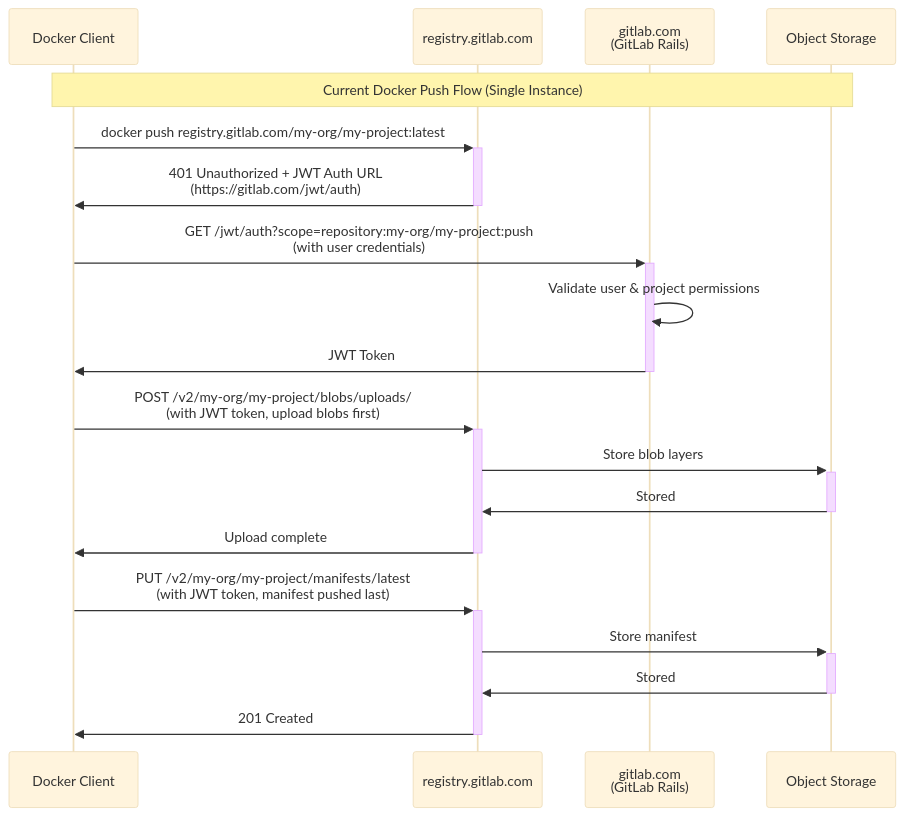
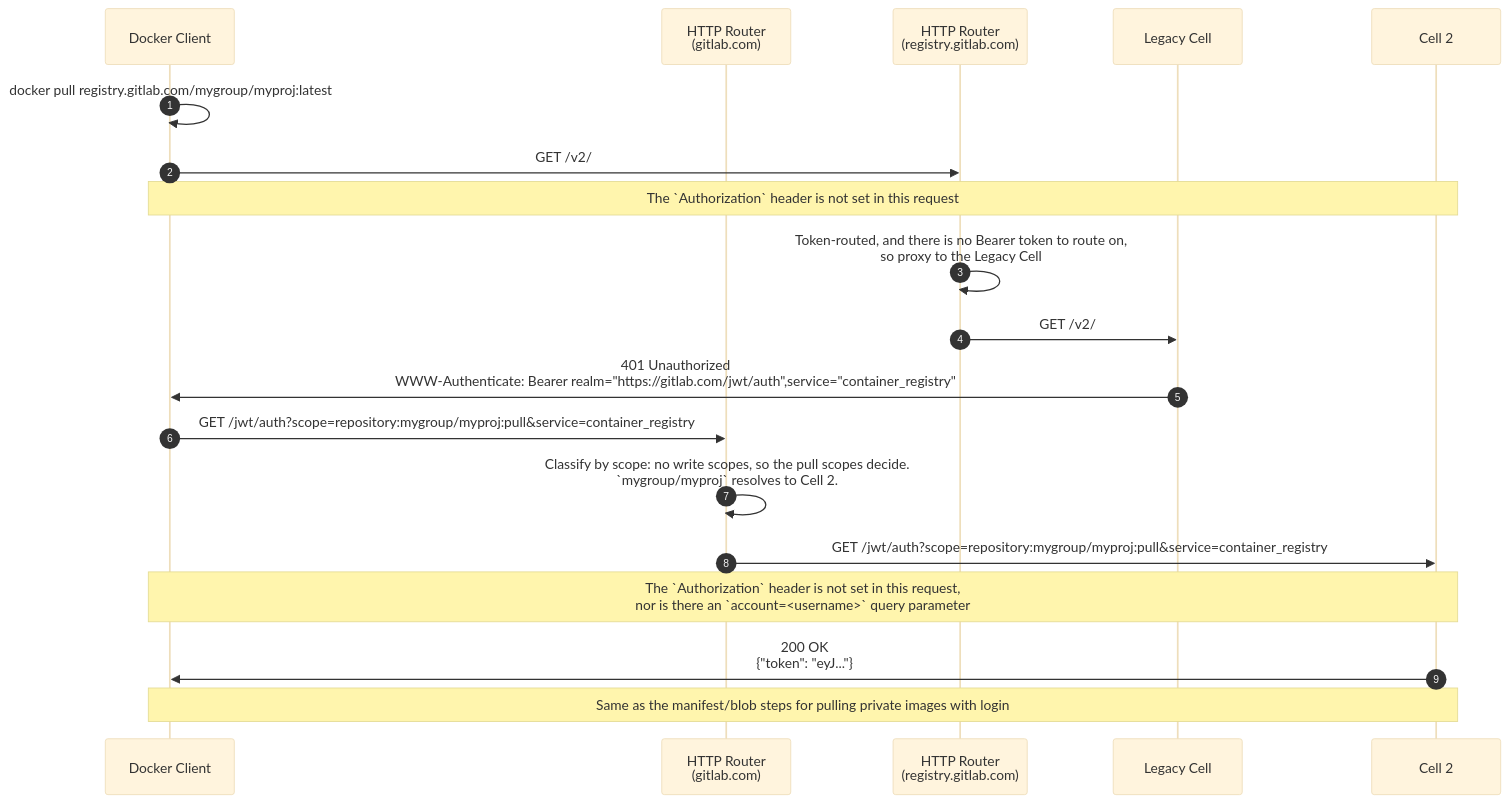
Before and after one commit to kyama0/gitlab-handbook-ja: the fifth of 14 diagrams in content/handbook/engineering/architecture/design-documents/cells/container_registry_routing_service.md, drawn with Mermaid (base theme). The commit also changed other lines of this file and 61 other files, not shown here.

````diff
--- a/content/handbook/engineering/architecture/design-documents/cells/container_registry_routing_service.md
+++ b/content/handbook/engineering/architecture/design-documents/cells/container_registry_routing_service.md
@@ -29,26 +289,21 @@
 ```mermaid
 sequenceDiagram
-    participant Docker as Docker Client
-    participant Registry as registry.gitlab.com
-    participant GitLab as gitlab.com<br/>(GitLab Rails)
-    participant Storage as Object Storage
-
-    Note over Docker,Storage: Current Docker Push Flow (Single Instance)
-    
-    Docker->>+Registry: docker push registry.gitlab.com/my-org/my-project:latest
-    Registry->>-Docker: 401 Unauthorized + JWT Auth URL<br/>(https://gitlab.com/jwt/auth)
-    
-    Docker->>+GitLab: GET /jwt/auth?scope=repository:my-org/my-project:push<br/>(with user credentials)
-    GitLab->>GitLab: Validate user & project permissions
-    GitLab->>-Docker: JWT Token
-    
-    Docker->>+Registry: POST /v2/my-org/my-project/blobs/uploads/<br/>(with JWT token, upload blobs first)
-    Registry->>+Storage: Store blob layers
-    Storage->>-Registry: Stored
-    Registry->>-Docker: Upload complete
-    
-    Docker->>+Registry: PUT /v2/my-org/my-project/manifests/latest<br/>(with JWT token, manifest pushed last)
-    Registry->>+Storage: Store manifest
-    Storage->>-Registry: Stored
-    Registry->>-Docker: 201 Created
+  autonumber
+  participant Client as Docker Client
+  participant RouterAll as HTTP Router<br>(gitlab.com)
+  participant RouterRegistry as HTTP Router<br>(registry.gitlab.com)
+  participant CellLegacy as Legacy Cell
+  participant Cell2 as Cell 2
+  Client->>Client: docker pull registry.gitlab.com/mygroup/myproj:latest
+  Client->>RouterRegistry: GET /v2/
+  Note over Client,Cell2: The `Authorization` header is not set in this request
+  RouterRegistry->>RouterRegistry: Token-routed, and there is no Bearer token to route on,<br>so proxy to the Legacy Cell
+  RouterRegistry->>CellLegacy: GET /v2/
+  CellLegacy->>Client: 401 Unauthorized<br>WWW-Authenticate: Bearer realm="https://gitlab.com/jwt/auth",service="container_registry"
+  Client->>RouterAll: GET /jwt/auth?scope=repository:mygroup/myproj:pull&service=container_registry
+  RouterAll->>RouterAll: Classify by scope: no write scopes, so the pull scopes decide.<br>`mygroup/myproj` resolves to Cell 2.
+  RouterAll->>Cell2: GET /jwt/auth?scope=repository:mygroup/myproj:pull&service=container_registry
+  Note over Client,Cell2: The `Authorization` header is not set in this request,<br>nor is there an `account=<username>` query parameter
+  Cell2->>Client: 200 OK<br>{"token": "eyJ..."}
+  Note over Client,Cell2: Same as the manifest/blob steps for pulling private images with login
 ```
````
